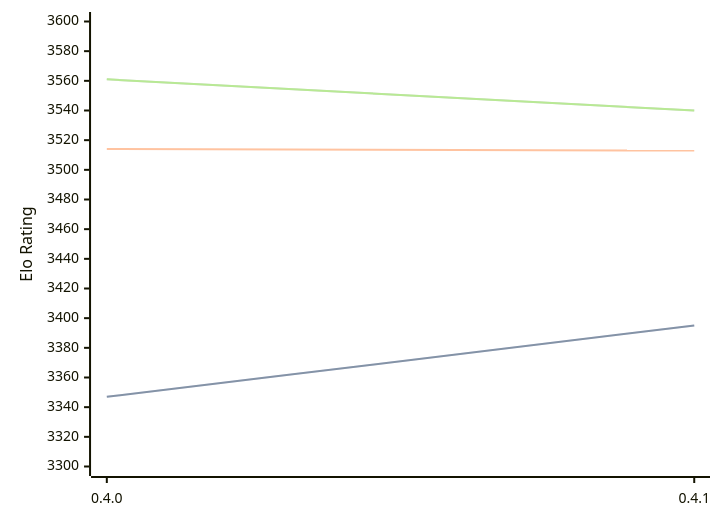
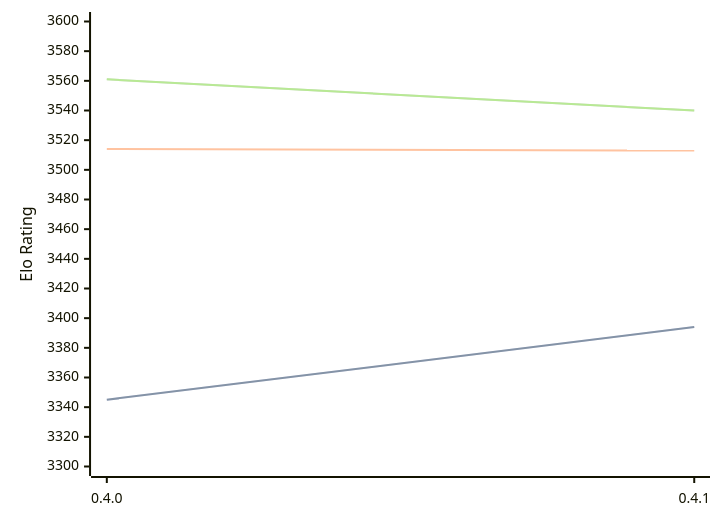
Before and after one commit to computer-chess-index/cci: the diagram in engines/Cinder.md, drawn with Mermaid. The commit also changed other lines of this file, not shown here.

````diff
--- a/engines/Cinder.md
+++ b/engines/Cinder.md
@@ -38,11 +38,11 @@
 ```mermaid
 %%{init: {"theme":"base","themeVariables":{"seriesColors:['#a3a3a3','#222221','#faa371']}}}%%
 xychart-beta
   x-axis ["0.4.0", "0.4.1"]
   y-axis "Elo Rating" 3300 --> 3600
-  line "STC (8.0+0.08s)" [3347, 3395]
-  line "STC (8.0+0.08s)" [3347, 3395]
+  line "STC (8.0+0.08s)" [3345, 3394]
+  line "STC (8.0+0.08s)" [3345, 3394]
   line "LTC (60.0+0.60s)" [3514, 3513]
   line "VLTC (2m24s+1.12s)" [3561, 3540]
   line "VLTC (2m24s+1.12s)" [3561, 3540]
 ```
````
